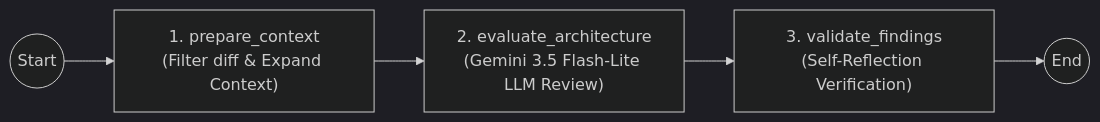
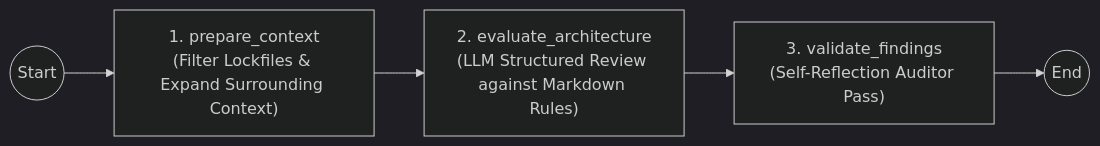
Before and after one commit to DEBB2002/mr-validation: the fourth of 4 diagrams in README.md, drawn with Mermaid (dark theme). The commit also changed other lines of this file, not shown here.

Commit message:
docs: complete architecture, LLM swappability, and setup guide for executive review

````diff
--- a/README.md
+++ b/README.md
@@ -103,7 +220,7 @@
 ```mermaid
 flowchart LR
-    START((Start)) --> PrepareContext["1. prepare_context\n(Filter diff & Expand Context)"]
-    PrepareContext --> EvaluateArch["2. evaluate_architecture\n(Gemini 3.5 Flash-Lite LLM Review)"]
-    EvaluateArch --> ValidateFindings["3. validate_findings\n(Self-Reflection Verification)"]
-    ValidateFindings --> END((End))
+    START((Start)) --> Node1["1. prepare_context\n(Filter Lockfiles & Expand Surrounding Context)"]
+    Node1 --> Node2["2. evaluate_architecture\n(LLM Structured Review against Markdown Rules)"]
+    Node2 --> Node3["3. validate_findings\n(Self-Reflection Auditor Pass)"]
+    Node3 --> END((End))
 ```
````
